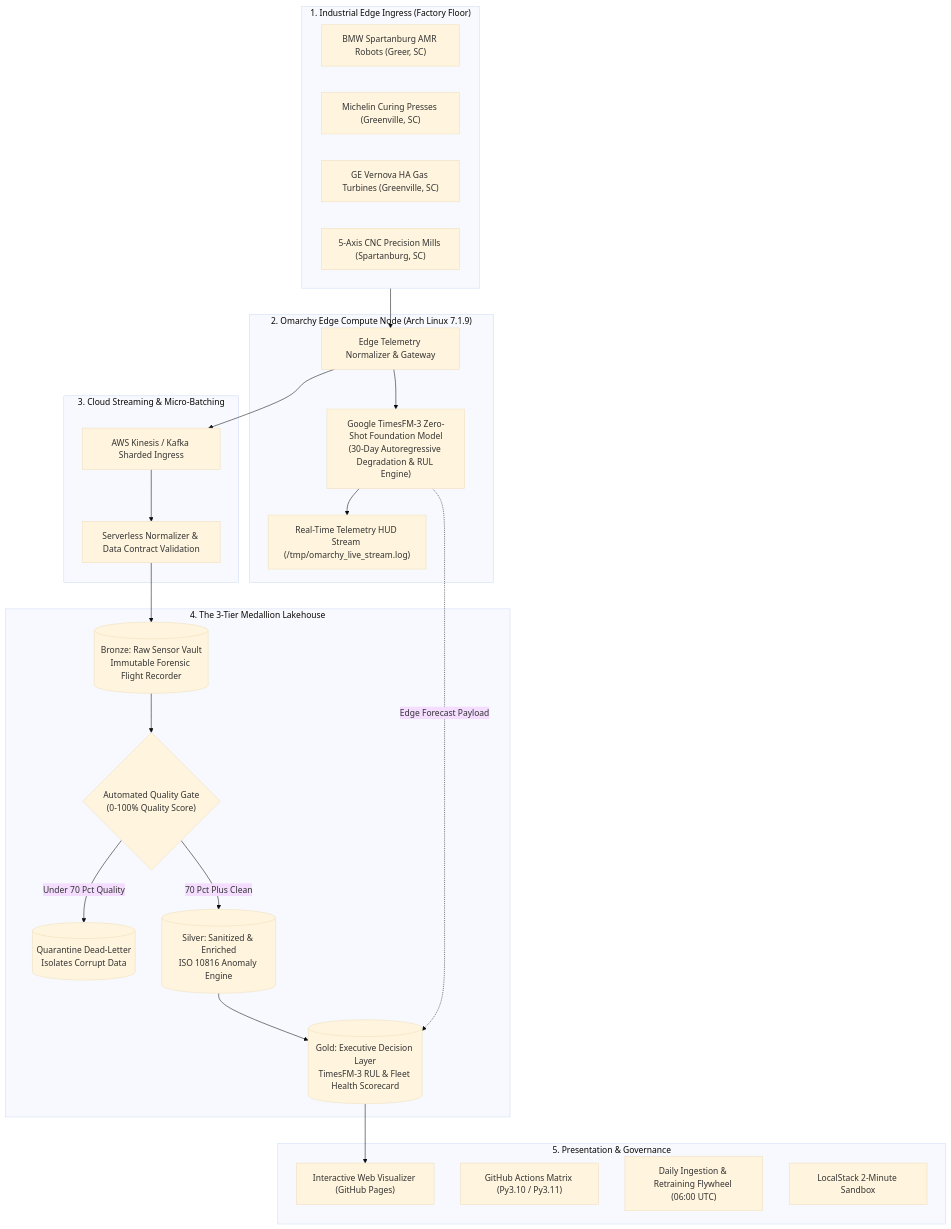
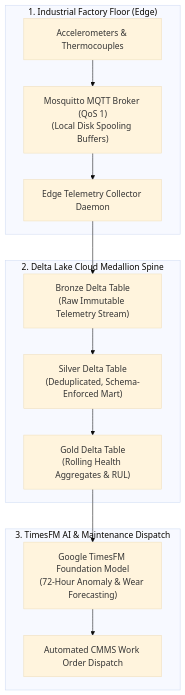
One commit to FreeFades2Black/edge-telemetry-lakehouse changed the diagram in README.md. Above: the diagram before and after it, drawn with Mermaid (base theme). The commit also changed other lines of this file and 7 other files, not shown here.

Commit message:
feat(ops): add MQTT ADRs, broker triage runbook, clock drift RCA, and alerts

````diff
--- a/README.md
+++ b/README.md
@@ -103,48 +12,18 @@
 ```mermaid
 flowchart TD
-    subgraph S1["1. Industrial Edge Ingress (Factory Floor)"]
-        A1["BMW Spartanburg AMR Robots (Greer, SC)"]
-        A2["Michelin Curing Presses (Greenville, SC)"]
-        A3["GE Vernova HA Gas Turbines (Greenville, SC)"]
-        A4["5-Axis CNC Precision Mills (Spartanburg, SC)"]
+    subgraph EdgeDevices ["1. Industrial Factory Floor (Edge)"]
+        Sensors["Accelerometers & Thermocouples"] --> Broker["Mosquitto MQTT Broker (QoS 1)<br/>(Local Disk Spooling Buffers)"]
+        Broker --> Agent["Edge Telemetry Collector Daemon"]
     end
 
-    subgraph S_EDGE["2. Omarchy Edge Compute Node (Arch Linux 7.1.9)"]
-        EDGE_1["Edge Telemetry Normalizer & Gateway"]
-        EDGE_2["Google TimesFM-3 Zero-Shot Foundation Model<br/>(30-Day Autoregressive Degradation & RUL Engine)"]
-        EDGE_3["Real-Time Telemetry HUD Stream (/tmp/omarchy_live_stream.log)"]
+    subgraph MedallionCore ["2. Delta Lake Cloud Medallion Spine"]
+        Agent --> Bronze["Bronze Delta Table<br/>(Raw Immutable Telemetry Stream)"]
+        Bronze --> Silver["Silver Delta Table<br/>(Deduplicated, Schema-Enforced Mart)"]
+        Silver --> Gold["Gold Delta Table<br/>(Rolling Health Aggregates & RUL)"]
     end
 
-    subgraph S2["3. Cloud Streaming & Micro-Batching"]
-        B1["AWS Kinesis / Kafka Sharded Ingress"]
-        B2["Serverless Normalizer & Data Contract Validation"]
+    subgraph IntelligenceTier ["3. TimesFM AI & Maintenance Dispatch"]
+        Gold --> TimesFM["Google TimesFM Foundation Model<br/>(72-Hour Anomaly & Wear Forecasting)"]
+        TimesFM --> WorkOrder["Automated CMMS Work Order Dispatch"]
     end
-
-    subgraph S3["4. The 3-Tier Medallion Lakehouse"]
-        C1[("Bronze: Raw Sensor Vault<br/>Immutable Forensic Flight Recorder")]
-        C2{"Automated Quality Gate<br/>(0-100% Quality Score)"}
-        C3[("Quarantine Dead-Letter<br/>Isolates Corrupt Data")]
-        C4[("Silver: Sanitized & Enriched<br/>ISO 10816 Anomaly Engine")]
-        C5[("Gold: Executive Decision Layer<br/>TimesFM-3 RUL & Fleet Health Scorecard")]
-    end
-
-    subgraph S4["5. Presentation & Governance"]
-        D1["Interactive Web Visualizer (GitHub Pages)"]
-        D2["GitHub Actions Matrix (Py3.10 / Py3.11)"]
-        D3["Daily Ingestion & Retraining Flywheel (06:00 UTC)"]
-        D4["LocalStack 2-Minute Sandbox"]
-    end
-
-    S1 --> EDGE_1
-    EDGE_1 --> EDGE_2
-    EDGE_2 --> EDGE_3
-    EDGE_1 --> B1
-    B1 --> B2
-    B2 --> C1
-    C1 --> C2
-    C2 -->|Under 70 Pct Quality| C3
-    C2 -->|70 Pct Plus Clean| C4
-    C4 --> C5
-    EDGE_2 -.->|Edge Forecast Payload| C5
-    C5 --> D1
 ```
````
